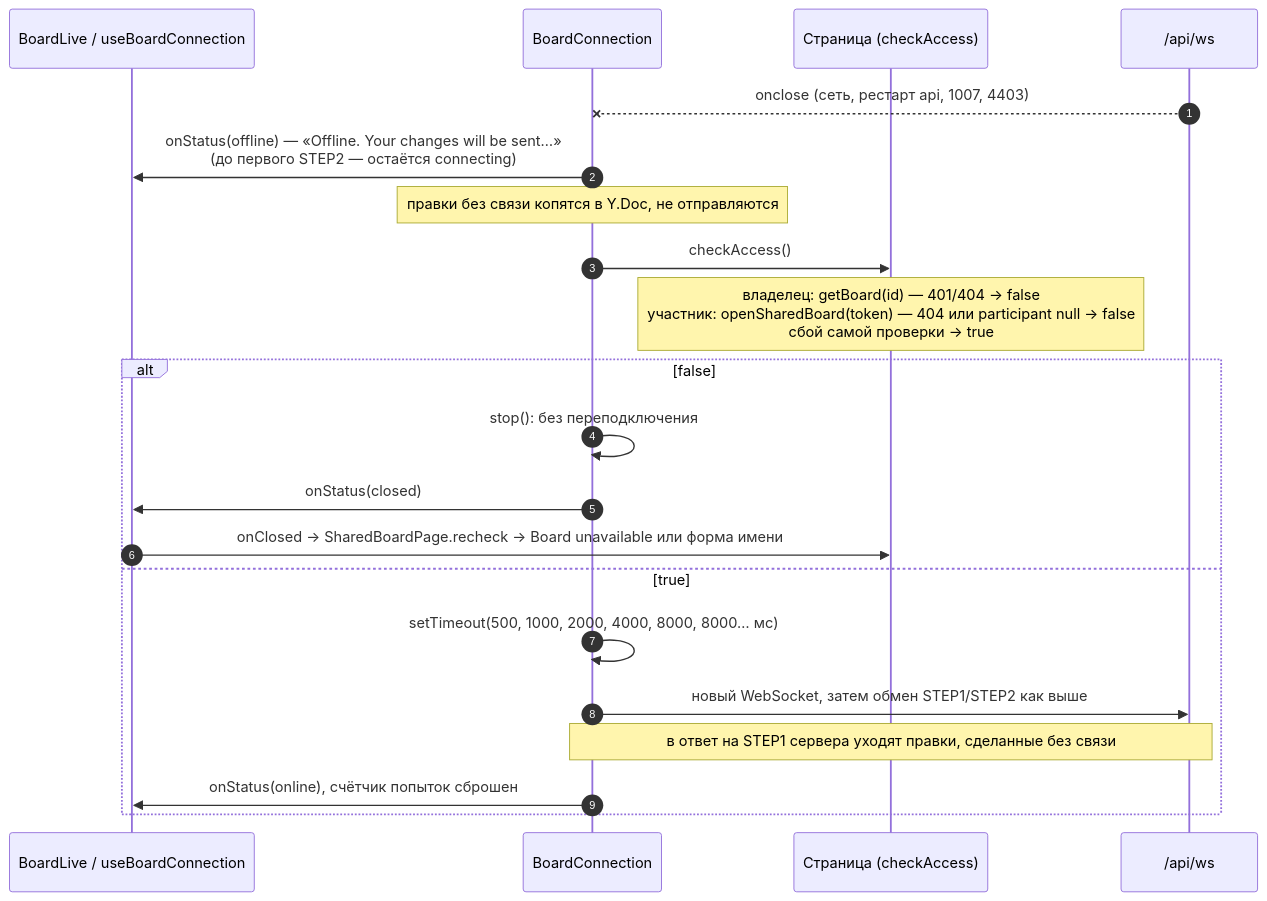
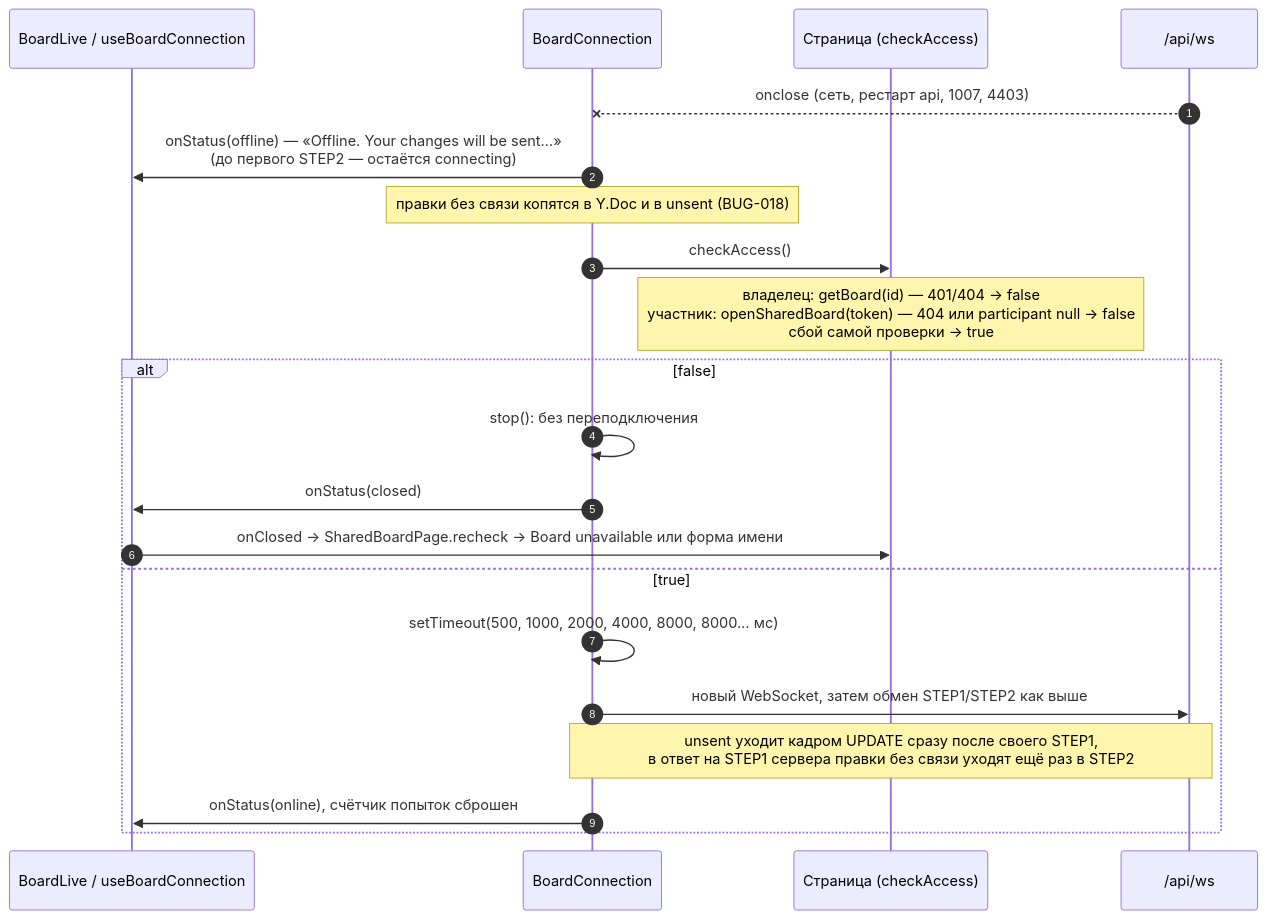
Before and after one commit to shumakove/myboard: the third of 3 diagrams in uml/sequences/sync.md, drawn with Mermaid. The commit also changed other lines of this file and 7 other files, not shown here.

First line of the commit message:
T6.2: Обновить UML по принятому коду (стикеры, стопка, BUG-018)

````diff
--- a/uml/sequences/sync.md
+++ b/uml/sequences/sync.md
@@ -121,24 +148,24 @@
 ```mermaid
 sequenceDiagram
   autonumber
   participant U as BoardLive / useBoardConnection
   participant C as BoardConnection
   participant P as Страница (checkAccess)
   participant R as /api/ws
 
   R--xC: onclose (сеть, рестарт api, 1007, 4403)
   C->>U: onStatus(offline) — «Offline. Your changes will be sent…»<br/>(до первого STEP2 — остаётся connecting)
-  Note over C: правки без связи копятся в Y.Doc, не отправляются
+  Note over C: правки без связи копятся в Y.Doc и в unsent (BUG-018)
   C->>P: checkAccess()
   Note over P: владелец: getBoard(id) — 401/404 → false<br/>участник: openSharedBoard(token) — 404 или participant null → false<br/>сбой самой проверки → true
   alt false
     C->>C: stop(): без переподключения
     C->>U: onStatus(closed)
     U->>P: onClosed → SharedBoardPage.recheck → Board unavailable или форма имени
   else true
     C->>C: setTimeout(500, 1000, 2000, 4000, 8000, 8000… мс)
     C->>R: новый WebSocket, затем обмен STEP1/STEP2 как выше
-    Note over C,R: в ответ на STEP1 сервера уходят правки, сделанные без связи
+    Note over C,R: unsent уходит кадром UPDATE сразу после своего STEP1,<br/>в ответ на STEP1 сервера правки без связи уходят ещё раз в STEP2
     C->>U: onStatus(online), счётчик попыток сброшен
   end
 ```
````
